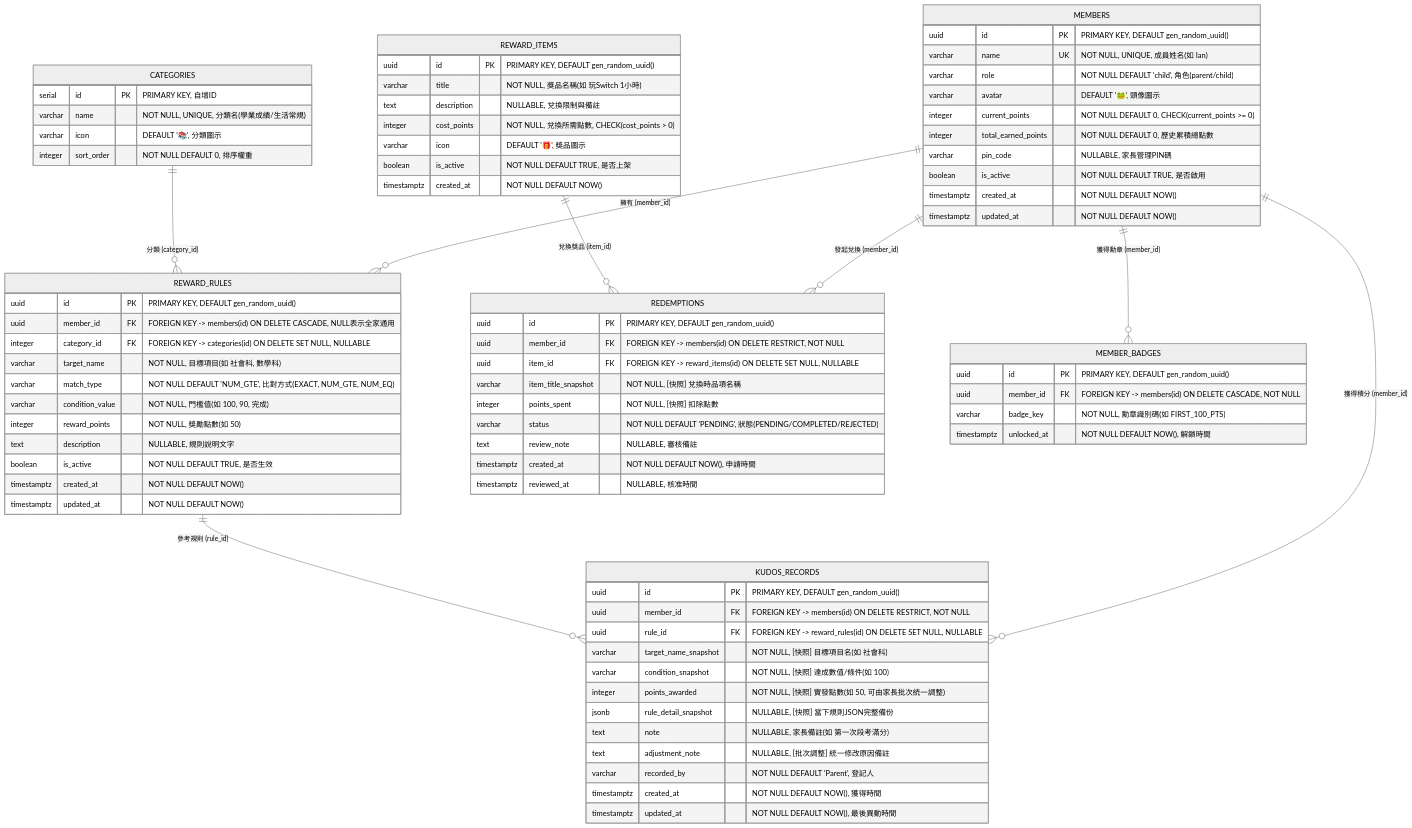
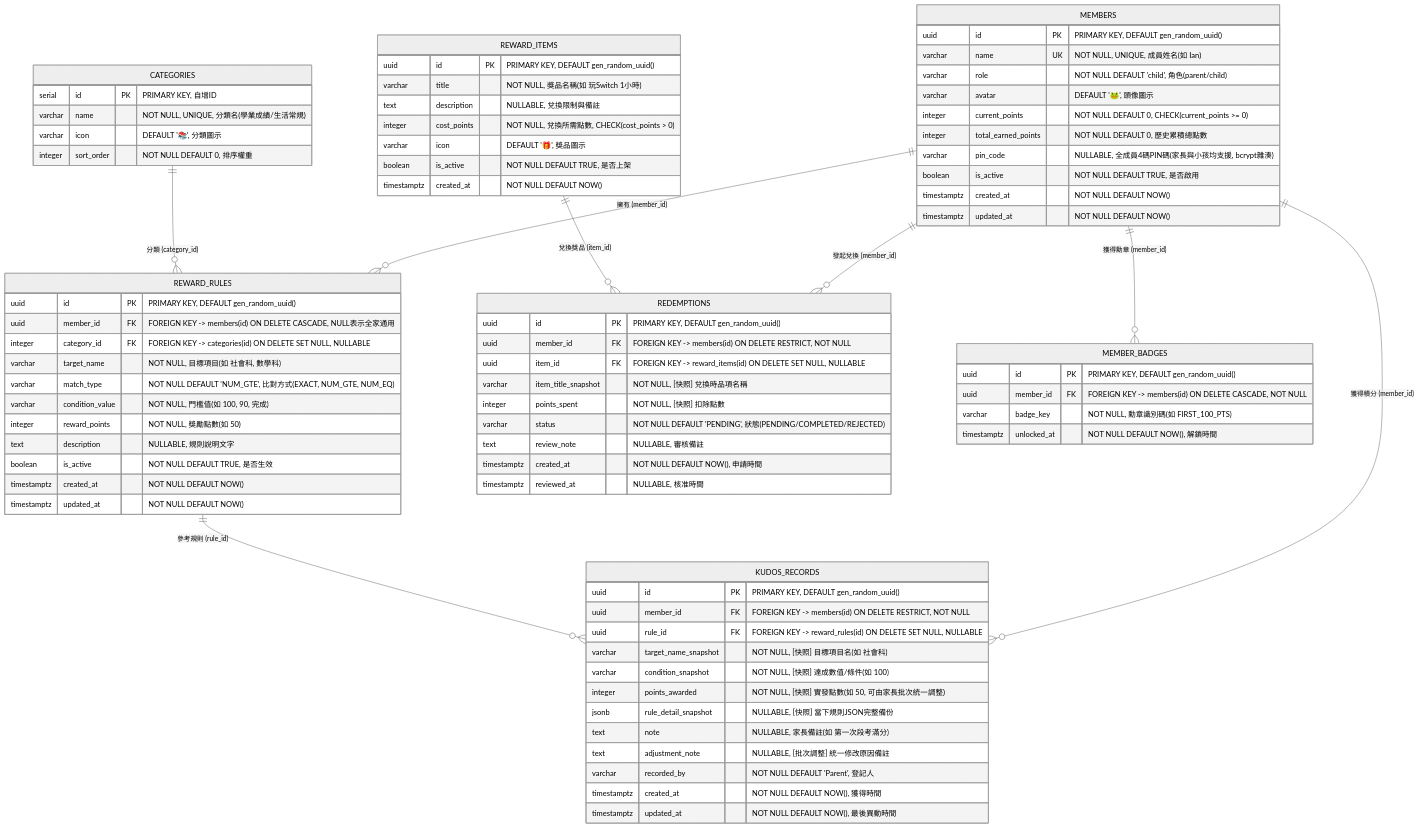
Before and after one commit to chinsonyeh/frog_kudos: the first of 3 diagrams in DESIGN.md, drawn with Mermaid (neutral theme). The commit also changed other lines of this file and 1 other file, not shown here.

Commit message:
docs: sync requirements and design docs with multi-role session, pin codes, and guide

```diff
--- a/DESIGN.md
+++ b/DESIGN.md
@@ -110,7 +131,7 @@
         varchar avatar "DEFAULT '🐸', 頭像圖示"
         integer current_points "NOT NULL DEFAULT 0, CHECK(current_points >= 0)"
         integer total_earned_points "NOT NULL DEFAULT 0, 歷史累積總點數"
-        varchar pin_code "NULLABLE, 家長管理PIN碼"
+        varchar pin_code "NULLABLE, 全成員4碼PIN碼(家長與小孩均支援, bcrypt雜湊)"
         boolean is_active "NOT NULL DEFAULT TRUE, 是否啟用"
         timestamptz created_at "NOT NULL DEFAULT NOW()"
         timestamptz updated_at "NOT NULL DEFAULT NOW()"
```
